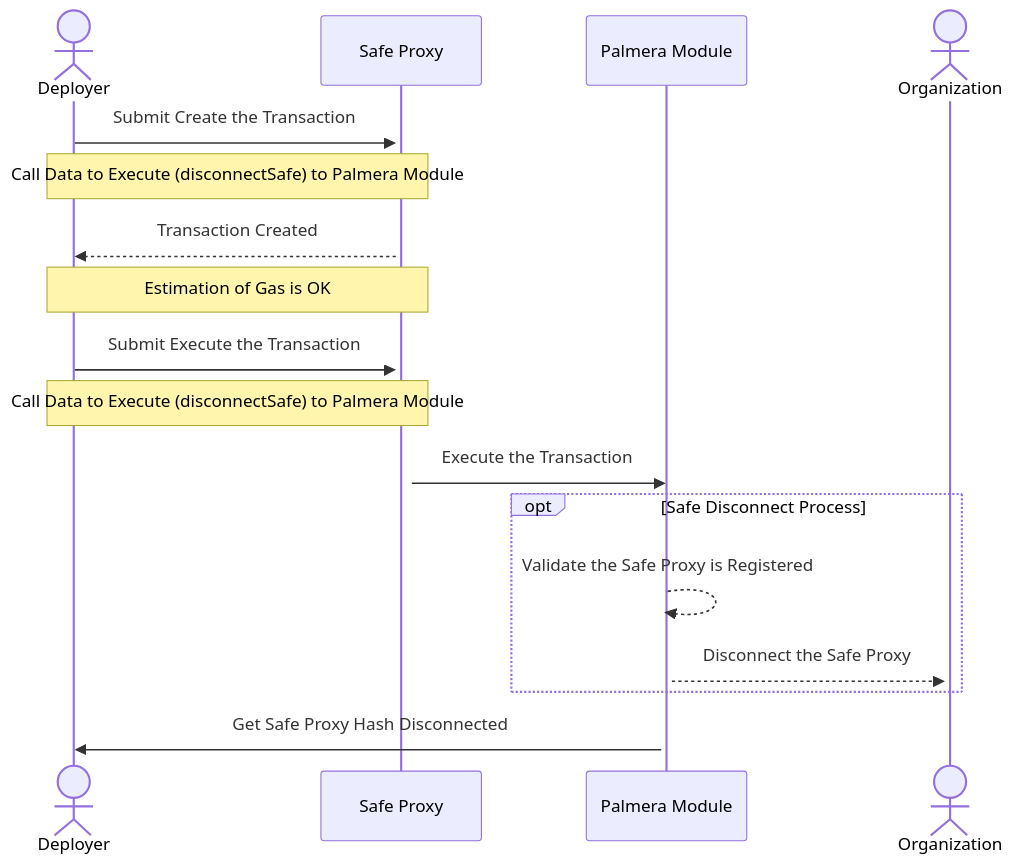
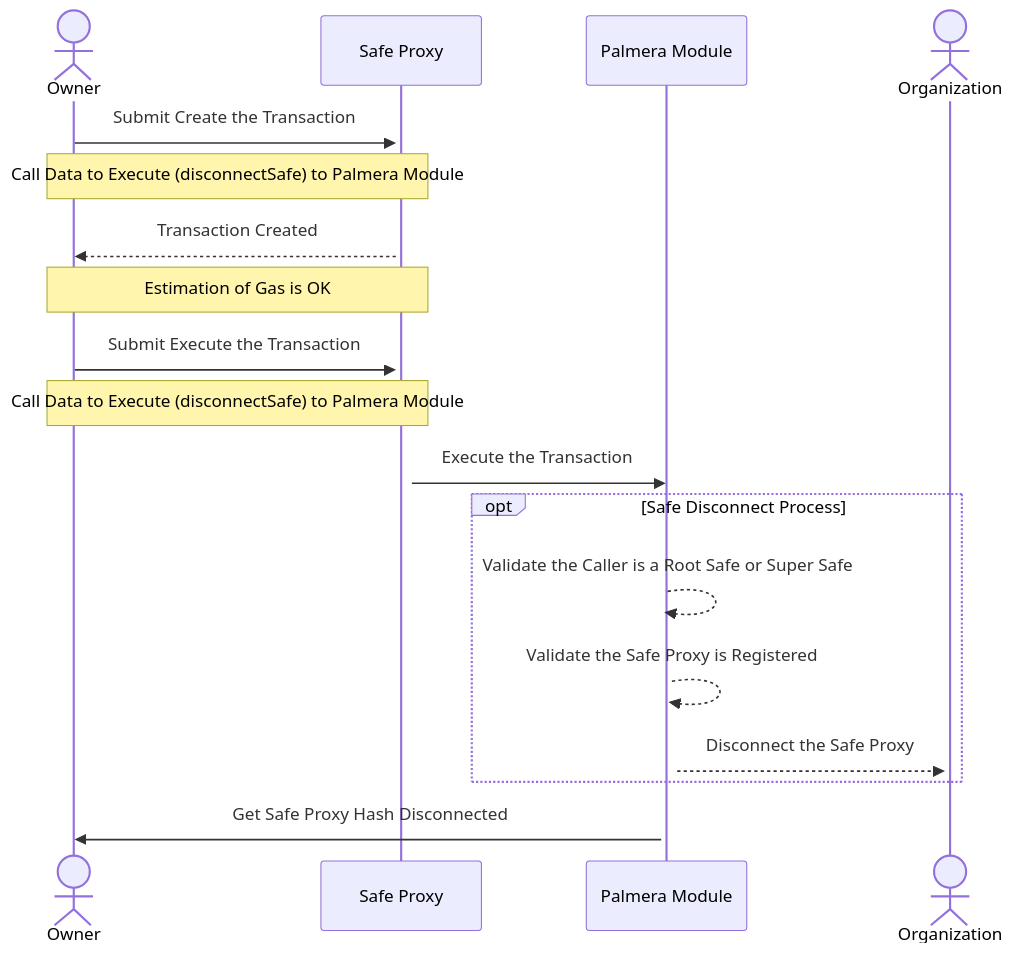
Before and after one commit to keyper-labs/PalmeraModule: the seventh of 8 diagrams in doc/diagram/General Overview of Diagram.md, drawn with Mermaid. The commit also changed other lines of this file, not shown here.

Commit message:
ADD: add more diagrams

````diff
--- a/doc/diagram/General Overview of Diagram.md
+++ b/doc/diagram/General Overview of Diagram.md
@@ -210,20 +213,21 @@
 ```mermaid
 sequenceDiagram
-    actor D as Deployer
+    actor OW as Owner
     participant S as Safe Proxy
-    participant M as Palmera Module
+    participant PM as Palmera Module
     actor O as Organization
 
-    D->>+S: Submit Create the Transaction 
-    Note over D,S: Call Data to Execute (disconnectSafe) to Palmera Module
-    S-->>D: Transaction Created
-    Note over D,S: Estimation of Gas is OK
-    D->>+S: Submit Execute the Transaction
-    Note over D,S: Call Data to Execute (disconnectSafe) to Palmera Module
-    S->>M: Execute the Transaction
+    OW->>+S: Submit Create the Transaction 
+    Note over OW,S: Call Data to Execute (disconnectSafe) to Palmera Module
+    S-->>OW: Transaction Created
+    Note over OW,S: Estimation of Gas is OK
+    OW->>+S: Submit Execute the Transaction
+    Note over OW,S: Call Data to Execute (disconnectSafe) to Palmera Module
+    S->>PM: Execute the Transaction
     opt Safe Disconnect Process
-        M-->>+M: Validate the Safe Proxy is Registered
-        M-->>+O: Disconnect the Safe Proxy
+        PM-->>+PM: Validate the Caller is a Root Safe or Super Safe
+        PM-->>+PM: Validate the Safe Proxy is Registered
+        PM-->>+O: Disconnect the Safe Proxy
     end
-    M->>D: Get Safe Proxy Hash Disconnected
+    PM->>OW: Get Safe Proxy Hash Disconnected
 ```
````
